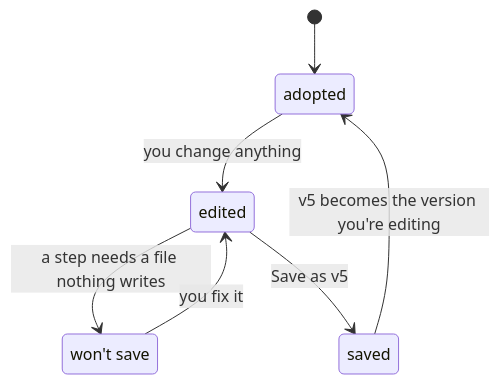
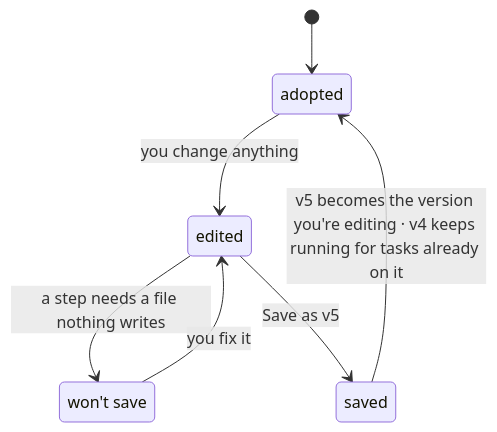
One commit to ClearCloudSoftware/flowboard changed the diagram in docs/FlowBoard/Flow Design/Editing And Saving A Flow.md. Above: the diagram before and after it, drawn with Mermaid. The commit also changed other lines of this file and 26 other files, not shown here.

First line of the commit message:
docs: ground Flow Design notes against the sources

````diff
--- a/docs/FlowBoard/Flow Design/Editing And Saving A Flow.md
+++ b/docs/FlowBoard/Flow Design/Editing And Saving A Flow.md
@@ -12,10 +12,10 @@
 ```mermaid
 stateDiagram-v2
   [*] --> adopted
   adopted --> edited: you change anything
   edited --> wontsave: a step needs a file nothing writes
   wontsave --> edited: you fix it
   edited --> saved: Save as v5
-  saved --> adopted: v5 becomes the version you're editing
+  saved --> adopted: v5 becomes the version you're editing · v4 keeps running for tasks already on it
   state "won't save" as wontsave
 ```
````
